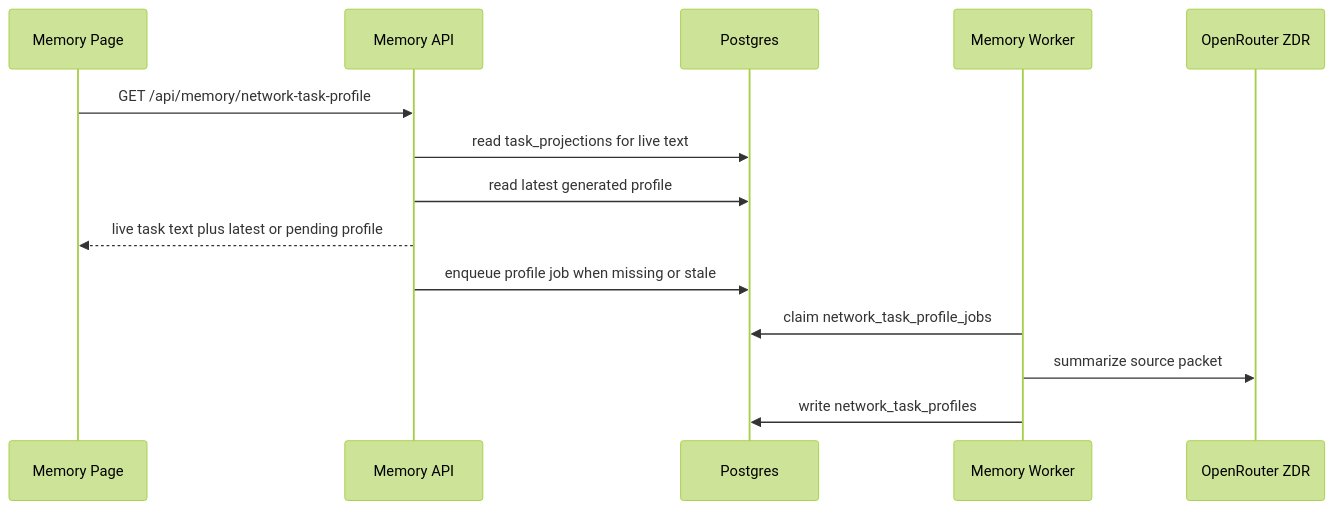
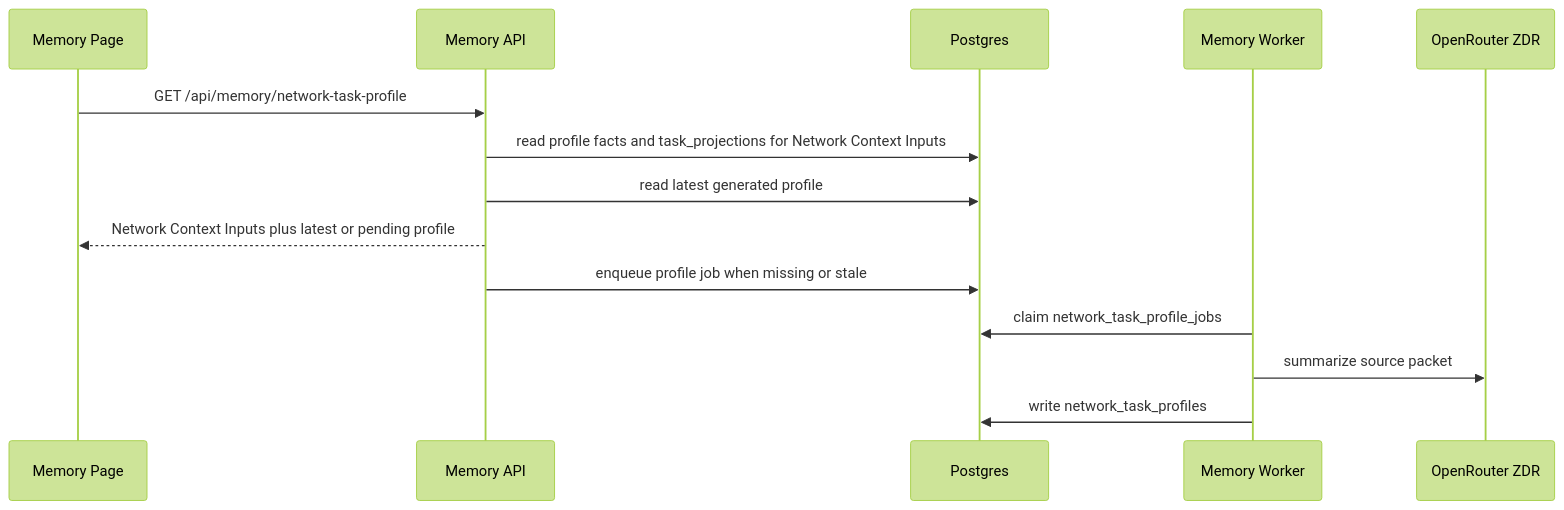
Before and after one commit to postfiatorg/tasknode: the second of 2 diagrams in docs/wiki/surfaces/memory.md, drawn with Mermaid (forest theme). The commit also changed other lines of this file and 10 other files, not shown here.

Commit message:
Fix network context inputs and task projection garbage

````diff
--- a/docs/wiki/surfaces/memory.md
+++ b/docs/wiki/surfaces/memory.md
@@ -70,16 +72,16 @@
 ```mermaid
 sequenceDiagram
   participant UI as Memory Page
   participant API as Memory API
   participant DB as Postgres
   participant Worker as Memory Worker
   participant OR as OpenRouter ZDR
   UI->>API: GET /api/memory/network-task-profile
-  API->>DB: read task_projections for live text
+  API->>DB: read profile facts and task_projections for Network Context Inputs
   API->>DB: read latest generated profile
-  API-->>UI: live task text plus latest or pending profile
+  API-->>UI: Network Context Inputs plus latest or pending profile
   API->>DB: enqueue profile job when missing or stale
   Worker->>DB: claim network_task_profile_jobs
   Worker->>OR: summarize source packet
   Worker->>DB: write network_task_profiles
 ```
````
